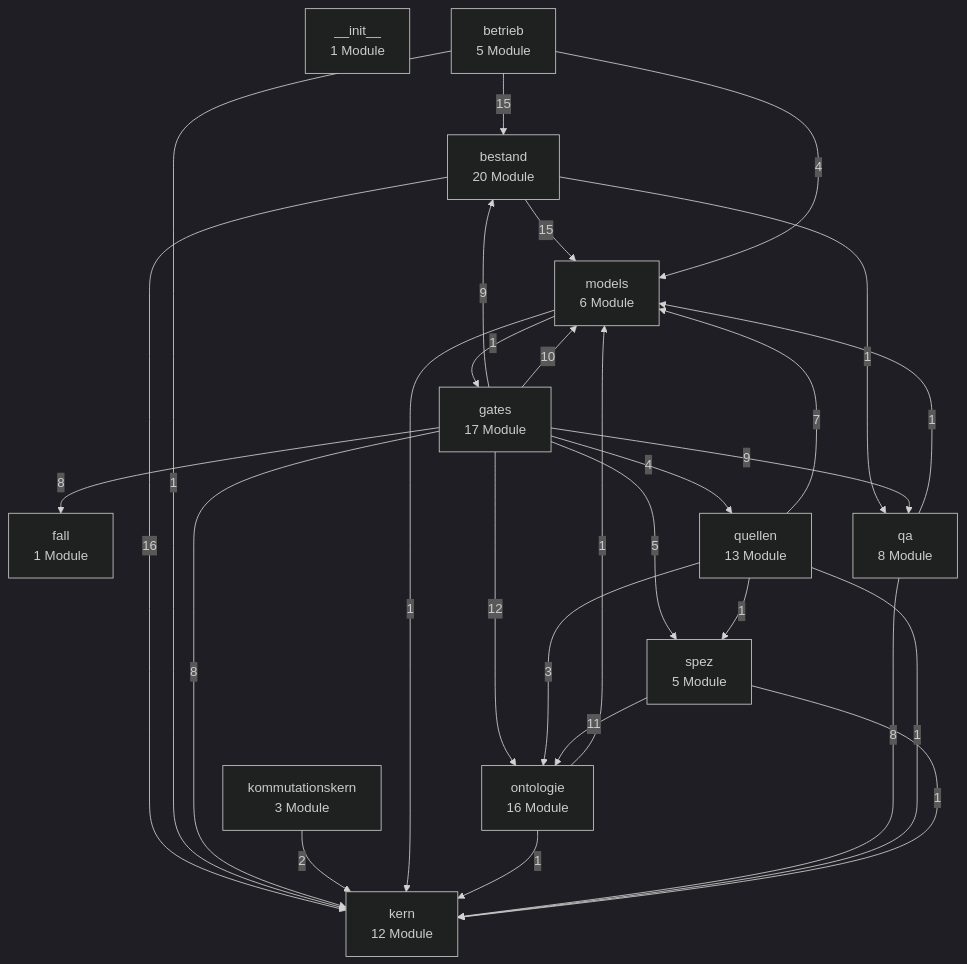
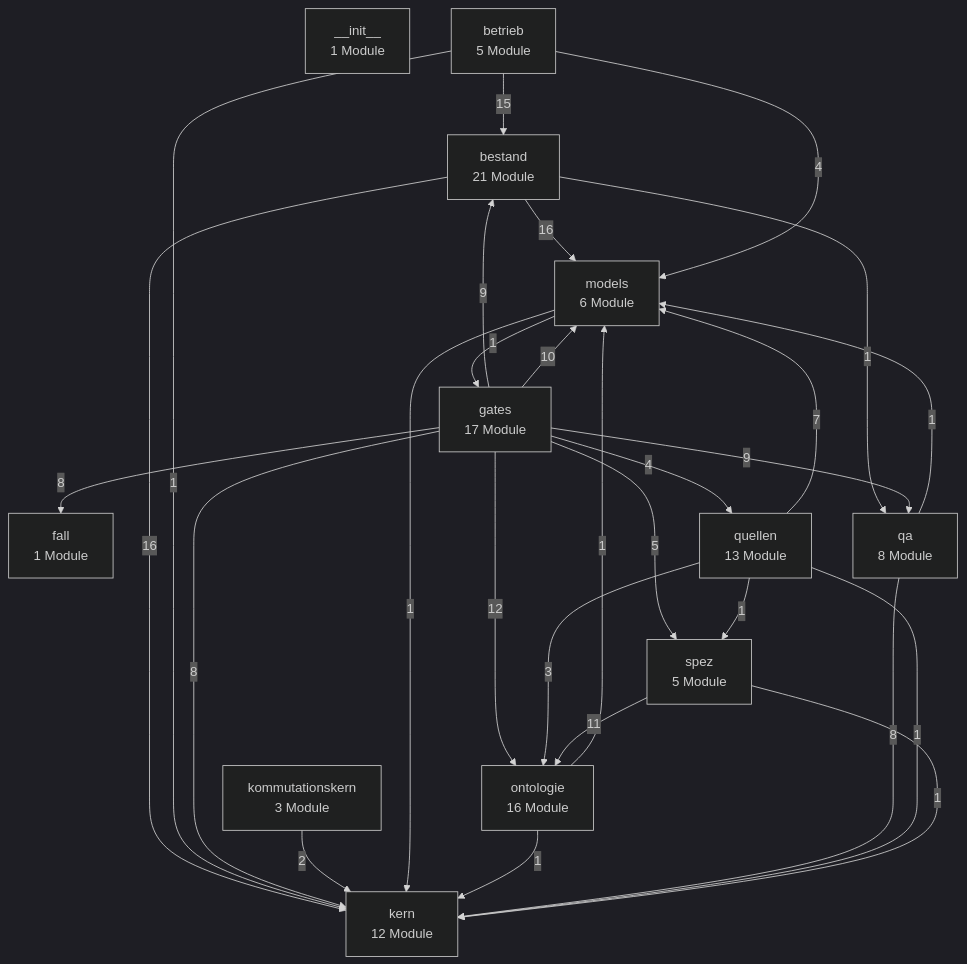
One commit to bartlmac/rechner-pipeline changed the first of 3 diagrams in docs/architektur/landkarte.md. Above: the diagram before and after it, drawn with Mermaid (dark theme). The commit also changed other lines of this file and 19 other files, not shown here.

````diff
--- a/docs/architektur/landkarte.md
+++ b/docs/architektur/landkarte.md
@@ -27,43 +27,43 @@
 ```mermaid
 %% Schichten — erzeugt von ontologie.landkarte
 flowchart TD
     n__init__["__init__<br/>1 Module"]
-    bestand["bestand<br/>20 Module"]
+    bestand["bestand<br/>21 Module"]
     betrieb["betrieb<br/>5 Module"]
     fall["fall<br/>1 Module"]
     gates["gates<br/>17 Module"]
     kern["kern<br/>12 Module"]
     kommutationskern["kommutationskern<br/>3 Module"]
     models["models<br/>6 Module"]
     ontologie["ontologie<br/>16 Module"]
     qa["qa<br/>8 Module"]
     quellen["quellen<br/>13 Module"]
     spez["spez<br/>5 Module"]
     bestand -- 16 --> kern
-    bestand -- 15 --> models
+    bestand -- 16 --> models
     bestand -- 1 --> qa
     betrieb -- 15 --> bestand
     betrieb -- 1 --> kern
     betrieb -- 4 --> models
     gates -- 9 --> bestand
     gates -- 8 --> fall
     gates -- 8 --> kern
     gates -- 10 --> models
     gates -- 12 --> ontologie
     gates -- 9 --> qa
     gates -- 4 --> quellen
     gates -- 5 --> spez
     kommutationskern -- 2 --> kern
     models -- 1 --> gates
     models -- 1 --> kern
     ontologie -- 1 --> kern
     ontologie -- 1 --> models
     qa -- 8 --> kern
     qa -- 1 --> models
     quellen -- 1 --> kern
     quellen -- 7 --> models
     quellen -- 3 --> ontologie
     quellen -- 1 --> spez
     spez -- 1 --> kern
     spez -- 11 --> ontologie
 ```
````
